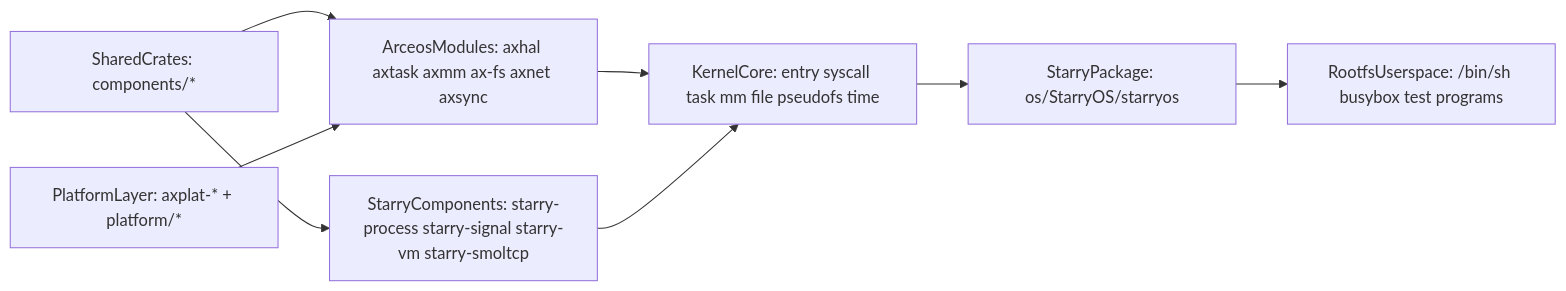
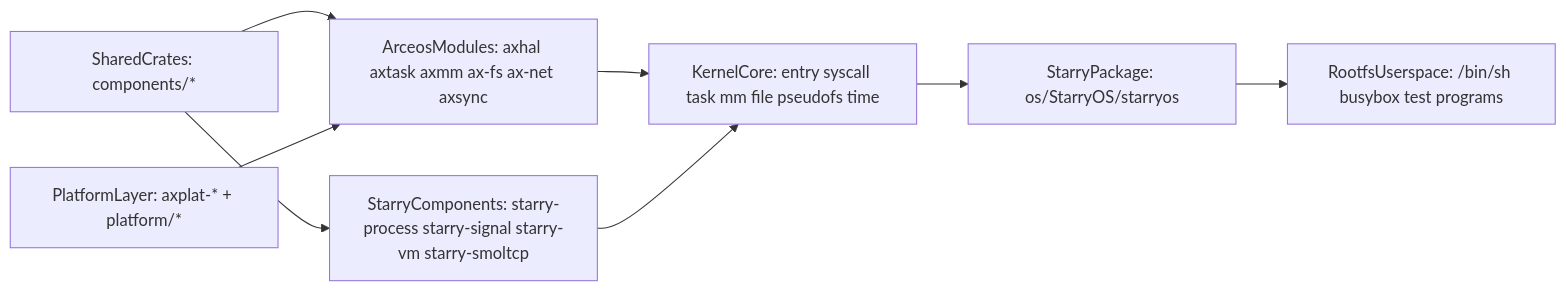
One commit to zKurisu/tgoskits changed the first of 5 diagrams in docs/starryos-internals.md. Above: the diagram before and after it, drawn with Mermaid. The commit also changed other lines of this file and 44 other files, not shown here.

Commit message:
rename axnet to ax-net

````diff
--- a/docs/starryos-internals.md
+++ b/docs/starryos-internals.md
@@ -26,18 +26,18 @@
 ```mermaid
 flowchart LR
     rootfsUsers["RootfsUserspace: /bin/sh busybox test programs"]
     starryPackage["StarryPackage: os/StarryOS/starryos"]
     kernelCore["KernelCore: entry syscall task mm file pseudofs time"]
     starryComponents["StarryComponents: starry-process starry-signal starry-vm starry-smoltcp"]
-    arceosModules["ArceosModules: axhal axtask axmm ax-fs axnet axsync"]
+    arceosModules["ArceosModules: axhal axtask axmm ax-fs ax-net axsync"]
     sharedCrates["SharedCrates: components/*"]
     platformLayer["PlatformLayer: axplat-* + platform/*"]
 
     sharedCrates --> arceosModules
     sharedCrates --> starryComponents
     platformLayer --> arceosModules
     arceosModules --> kernelCore
     starryComponents --> kernelCore
     kernelCore --> starryPackage
     starryPackage --> rootfsUsers
 ```
````
